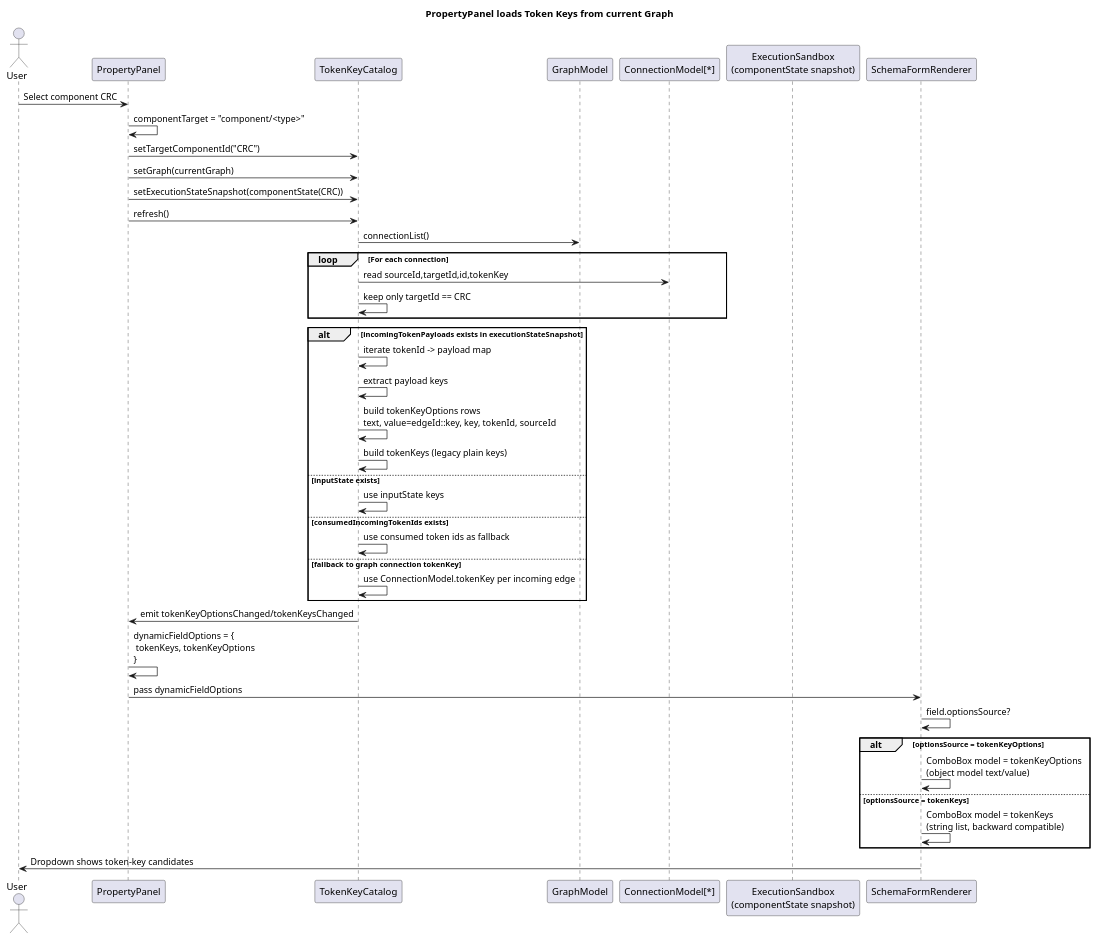
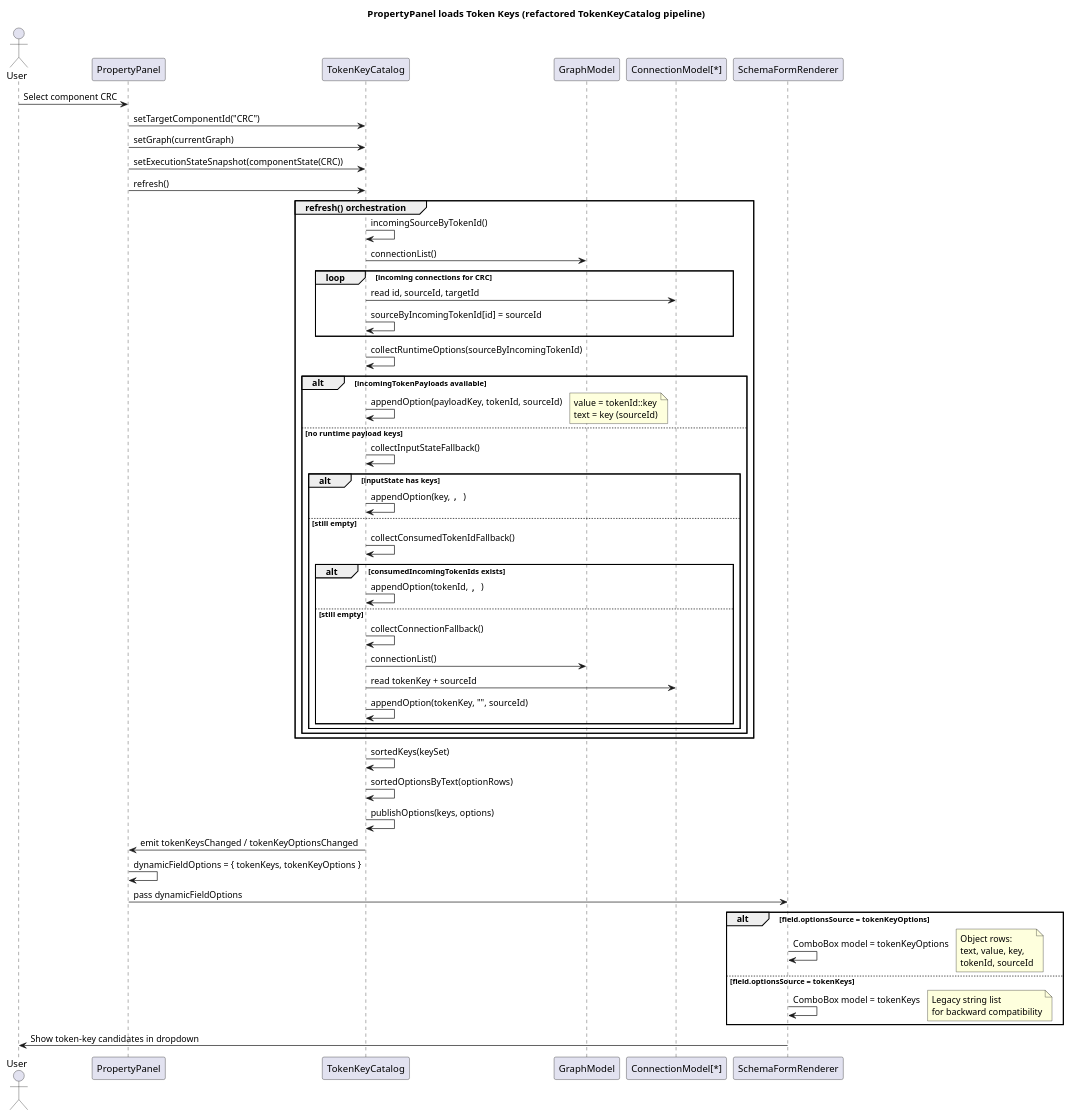
The diagram in customize_example/docs/planUML/load_token_keys_follow.puml (kimvnhung/component_map_editor), drawn with PlantUML before and after one commit. The commit also changed 3 other files, not shown here.

Commit message:
feat: Refactor TokenKeyCatalog to improve option handling and add new utility methods

```diff
--- a/customize_example/docs/planUML/load_token_keys_follow.puml
+++ b/customize_example/docs/planUML/load_token_keys_follow.puml
@@ -1,50 +1,74 @@
 @startuml
-title PropertyPanel loads Token Keys from current Graph
+title PropertyPanel loads Token Keys (refactored TokenKeyCatalog pipeline)
 
 actor User
 participant "PropertyPanel" as PP
 participant "TokenKeyCatalog" as TKC
 participant "GraphModel" as GM
 participant "ConnectionModel[*]" as CM
-participant "ExecutionSandbox\n(componentState snapshot)" as ES
 participant "SchemaFormRenderer" as SFR
 
 User -> PP : Select component CRC
-PP -> PP : componentTarget = "component/<type>"
 PP -> TKC : setTargetComponentId("CRC")
 PP -> TKC : setGraph(currentGraph)
 PP -> TKC : setExecutionStateSnapshot(componentState(CRC))
 PP -> TKC : refresh()
 
+group refresh() orchestration
+TKC -> TKC : incomingSourceByTokenId()
 TKC -> GM : connectionList()
-loop For each connection
-TKC -> CM : read sourceId,targetId,id,tokenKey
-TKC -> TKC : keep only targetId == CRC
+loop incoming connections for CRC
+TKC -> CM : read id, sourceId, targetId
+TKC -> TKC : sourceByIncomingTokenId[id] = sourceId
 end
 
-alt incomingTokenPayloads exists in executionStateSnapshot
-TKC -> TKC : iterate tokenId -> payload map
-TKC -> TKC : extract payload keys
-TKC -> TKC : build tokenKeyOptions rows\ntext, value=edgeId::key, key, tokenId, sourceId
-TKC -> TKC : build tokenKeys (legacy plain keys)
-else inputState exists
-TKC -> TKC : use inputState keys
-else consumedIncomingTokenIds exists
-TKC -> TKC : use consumed token ids as fallback
-else fallback to graph connection tokenKey
-TKC -> TKC : use ConnectionModel.tokenKey per incoming edge
+TKC -> TKC : collectRuntimeOptions(sourceByIncomingTokenId)
+alt incomingTokenPayloads available
+TKC -> TKC : appendOption(payloadKey, tokenId, sourceId)
+note right
+value = tokenId::key
+text = key (sourceId)
+end note
+else no runtime payload keys
+TKC -> TKC : collectInputStateFallback()
+alt inputState has keys
+TKC -> TKC : appendOption(key, "", "")
+else still empty
+TKC -> TKC : collectConsumedTokenIdFallback()
+alt consumedIncomingTokenIds exists
+TKC -> TKC : appendOption(tokenId, "", "")
+else still empty
+TKC -> TKC : collectConnectionFallback()
+TKC -> GM : connectionList()
+TKC -> CM : read tokenKey + sourceId
+TKC -> TKC : appendOption(tokenKey, "", sourceId)
+end
+end
+end
 end
 
-TKC -> PP : emit tokenKeyOptionsChanged/tokenKeysChanged
-PP -> PP : dynamicFieldOptions = {\n tokenKeys, tokenKeyOptions \n}
+TKC -> TKC : sortedKeys(keySet)
+TKC -> TKC : sortedOptionsByText(optionRows)
+TKC -> TKC : publishOptions(keys, options)
+TKC -> PP : emit tokenKeysChanged / tokenKeyOptionsChanged
+
+PP -> PP : dynamicFieldOptions = { tokenKeys, tokenKeyOptions }
 PP -> SFR : pass dynamicFieldOptions
 
-SFR -> SFR : field.optionsSource?
-alt optionsSource = tokenKeyOptions
-SFR -> SFR : ComboBox model = tokenKeyOptions\n(object model text/value)
-else optionsSource = tokenKeys
-SFR -> SFR : ComboBox model = tokenKeys\n(string list, backward compatible)
+alt field.optionsSource = tokenKeyOptions
+SFR -> SFR : ComboBox model = tokenKeyOptions
+note right
+Object rows:
+text, value, key,
+tokenId, sourceId
+end note
+else field.optionsSource = tokenKeys
+SFR -> SFR : ComboBox model = tokenKeys
+note right
+Legacy string list
+for backward compatibility
+end note
 end
 
-SFR -> User : Dropdown shows token-key candidates
+SFR -> User : Show token-key candidates in dropdown
 @enduml
```
